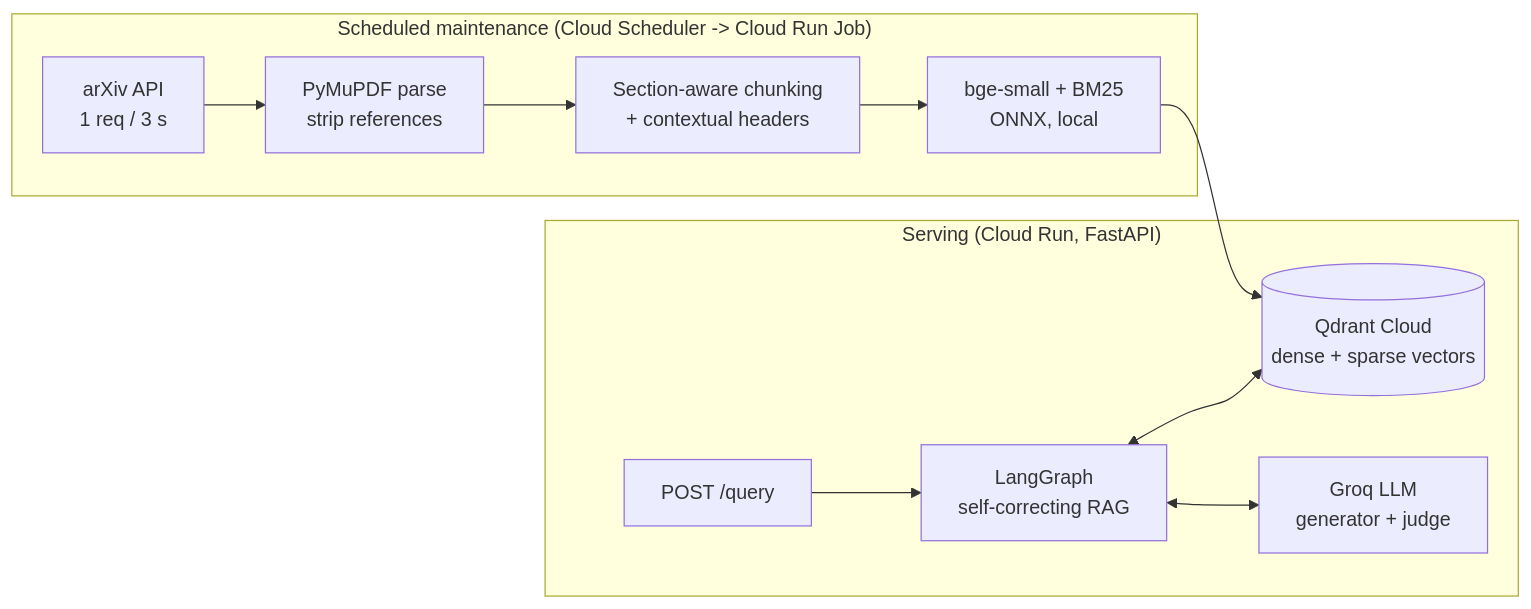
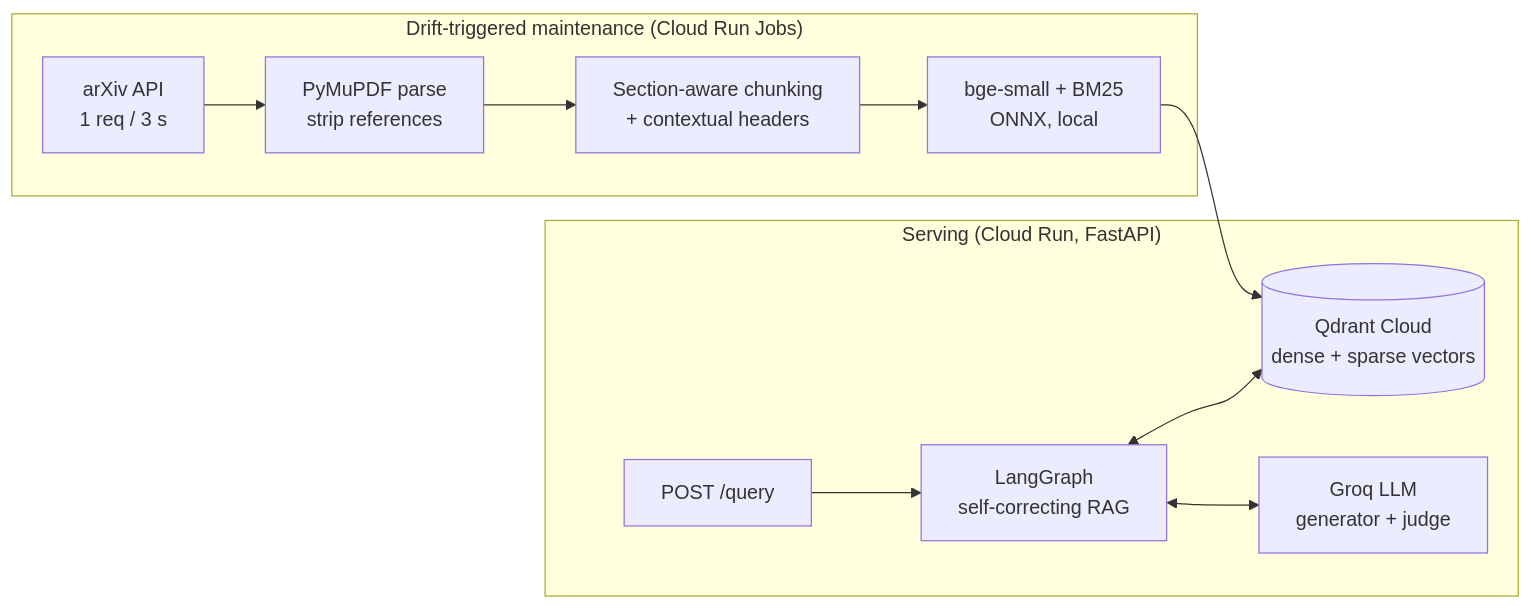
The first of 2 diagrams in README.md (msaiprathyush/advanced-rag), drawn with Mermaid before and after one commit. The commit also changed other lines of this file and 12 other files, not shown here.

````diff
--- a/README.md
+++ b/README.md
@@ -14,14 +14,14 @@
 ```mermaid
 flowchart LR
-    subgraph Maintenance["Scheduled maintenance (Cloud Scheduler -> Cloud Run Job)"]
+    subgraph Maintenance["Drift-triggered maintenance (Cloud Run Jobs)"]
         A[arXiv API<br/>1 req / 3 s] --> P[PyMuPDF parse<br/>strip references]
         P --> C[Section-aware chunking<br/>+ contextual headers]
         C --> E[bge-small + BM25<br/>ONNX, local]
     end
     E --> Q[(Qdrant Cloud<br/>dense + sparse vectors)]
     subgraph Serving["Serving (Cloud Run, FastAPI)"]
         U[POST /query] --> G[LangGraph<br/>self-correcting RAG]
         G <--> Q
         G <--> L[Groq LLM<br/>generator + judge]
     end
 ```
````
